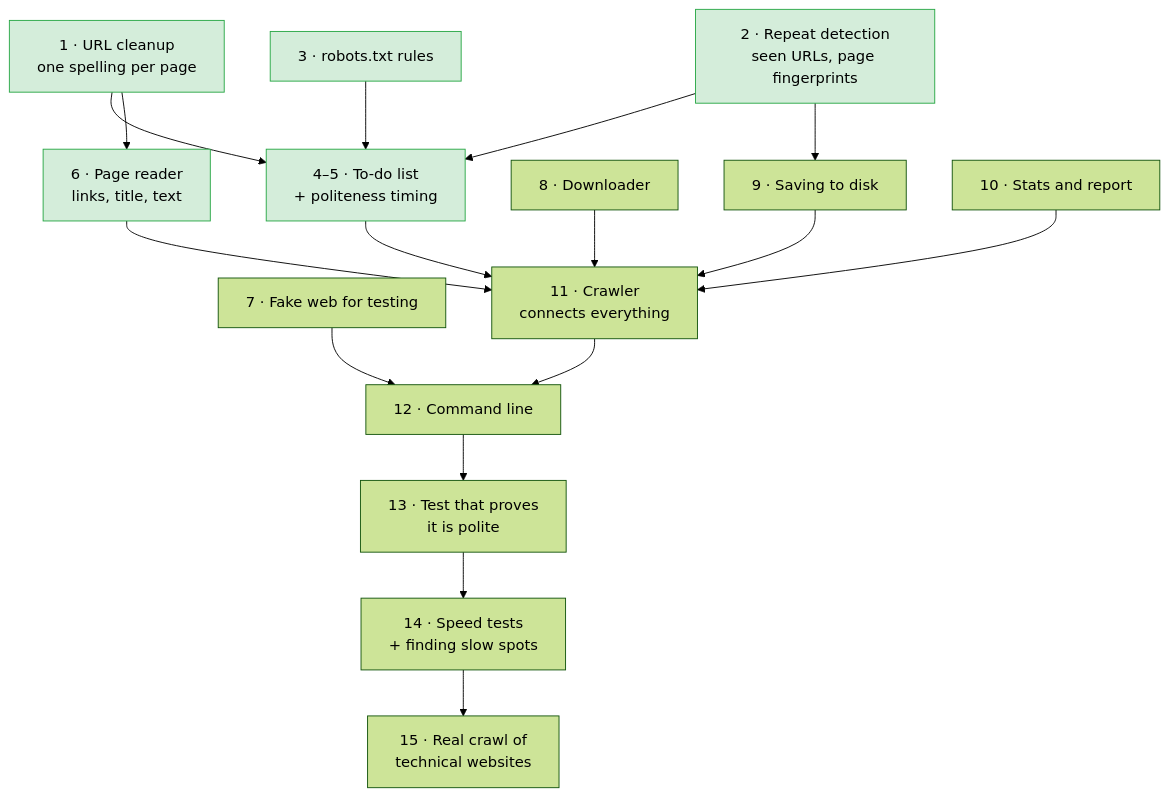
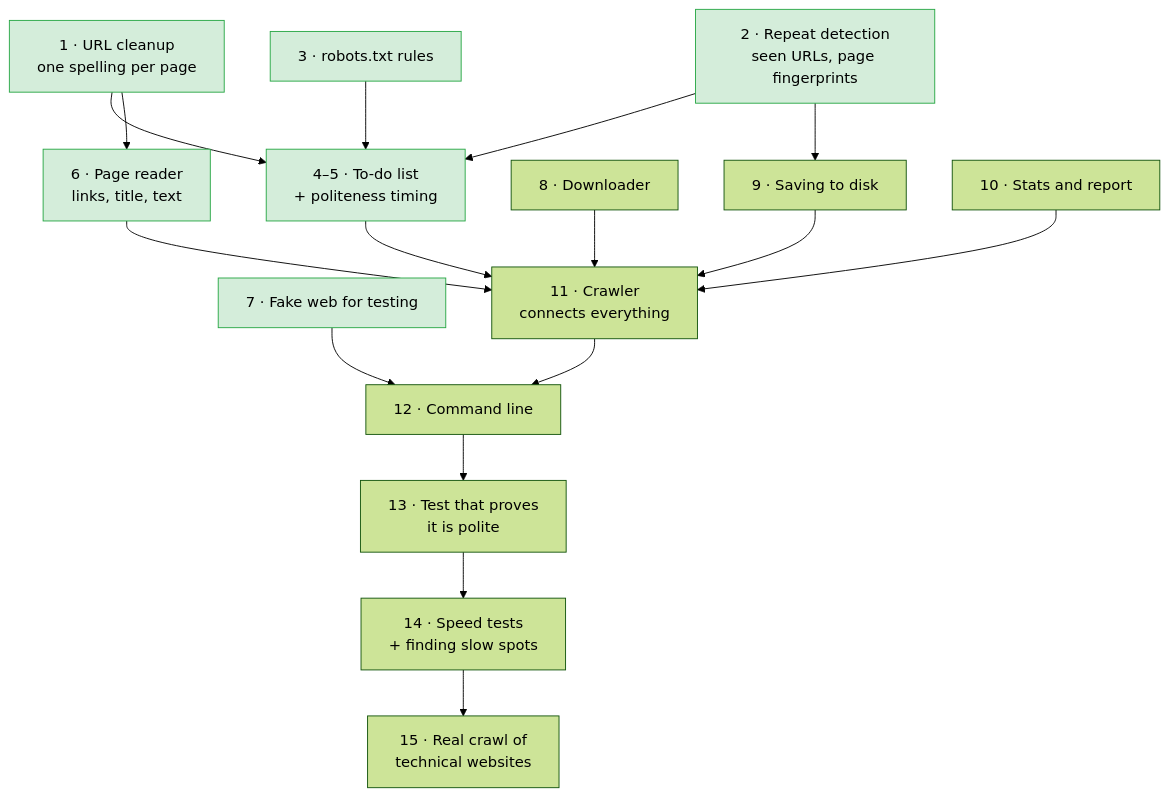
The fourth of 4 diagrams in README.md (Armaan-king/McCrawl), drawn with Mermaid (forest theme) before and after one commit. The commit also changed other lines of this file and 7 other files, not shown here.

First line of the commit message:
feat(mockweb): deterministic synthetic web with behaviours

````diff
--- a/README.md
+++ b/README.md
@@ -118,33 +118,33 @@
 ```mermaid
 flowchart TD
     urlnorm["1 · URL cleanup<br/>one spelling per page"]:::done
     dedup["2 · Repeat detection<br/>seen URLs, page fingerprints"]:::done
     robots["3 · robots.txt rules"]:::done
     frontier["4–5 · To-do list<br/>+ politeness timing"]:::done
     parse["6 · Page reader<br/>links, title, text"]:::done
-    mockweb["7 · Fake web for testing"]
+    mockweb["7 · Fake web for testing"]:::done
     fetch["8 · Downloader"]
     store["9 · Saving to disk"]
     metrics["10 · Stats and report"]
     crawler["11 · Crawler<br/>connects everything"]
     cli["12 · Command line"]
     proof["13 · Test that proves<br/>it is polite"]
     bench["14 · Speed tests<br/>+ finding slow spots"]
     real["15 · Real crawl of<br/>technical websites"]
 
     urlnorm --> frontier
     dedup --> frontier
     robots --> frontier
     urlnorm --> parse
     dedup --> store
     frontier --> crawler
     parse --> crawler
     fetch --> crawler
     store --> crawler
     metrics --> crawler
     crawler --> cli
     mockweb --> cli
     cli --> proof --> bench --> real
 
     classDef done fill:#d4edda,stroke:#28a745,color:#000
 ```
````
